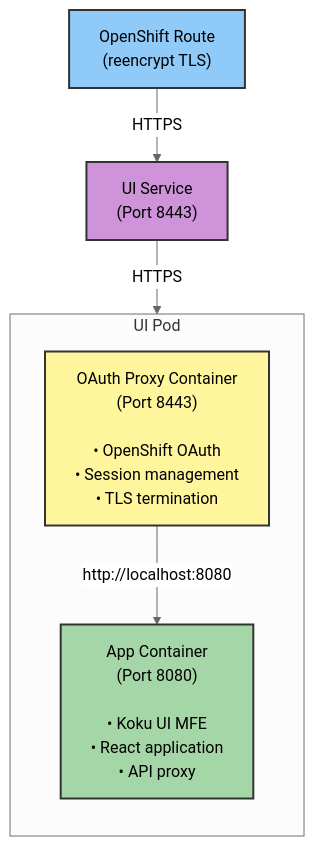
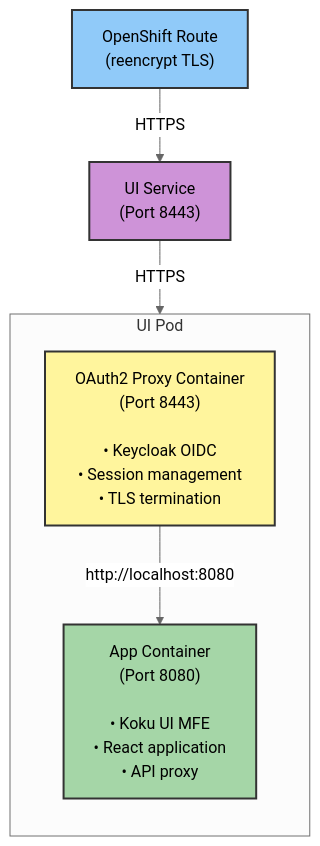
Before and after one commit to jordigilh/ros-helm-chart: the second of 2 diagrams in docs/helm-templates-reference.md, drawn with Mermaid (neutral theme). The commit also changed other lines of this file and 5 other files, not shown here.

````diff
--- a/docs/helm-templates-reference.md
+++ b/docs/helm-templates-reference.md
@@ -271,21 +271,21 @@
 ```mermaid
 graph TB
     subgraph Pod["UI Pod"]
         direction TB
-        OAuthProxy["OAuth Proxy Container<br/>(Port 8443)<br/><br/>• OpenShift OAuth<br/>• Session management<br/>• TLS termination"]
+        OAuthProxy["OAuth2 Proxy Container<br/>(Port 8443)<br/><br/>• Keycloak OIDC<br/>• Session management<br/>• TLS termination"]
         App["App Container<br/>(Port 8080)<br/><br/>• Koku UI MFE<br/>• React application<br/>• API proxy"]
         
         OAuthProxy -->|"http://localhost:8080"| App
     end
     
     Route["OpenShift Route<br/>(reencrypt TLS)"]
     Service["UI Service<br/>(Port 8443)"]
     
     Route -->|"HTTPS"| Service
     Service -->|"HTTPS"| OAuthProxy
     
     style OAuthProxy fill:#fff59d,stroke:#333,stroke-width:2px,color:#000
     style App fill:#a5d6a7,stroke:#333,stroke-width:2px,color:#000
     style Route fill:#90caf9,stroke:#333,stroke-width:2px,color:#000
     style Service fill:#ce93d8,stroke:#333,stroke-width:2px,color:#000
 ```
````
